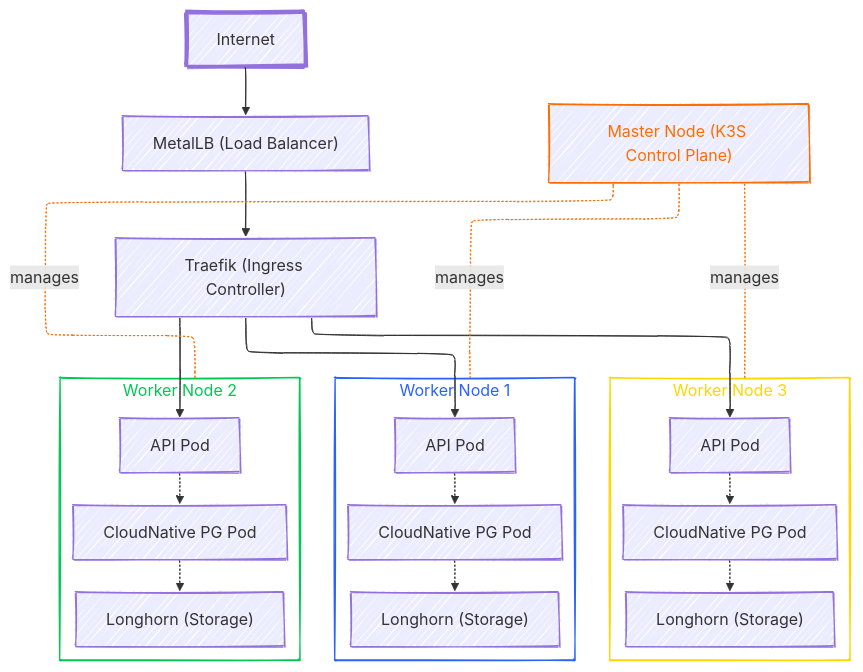
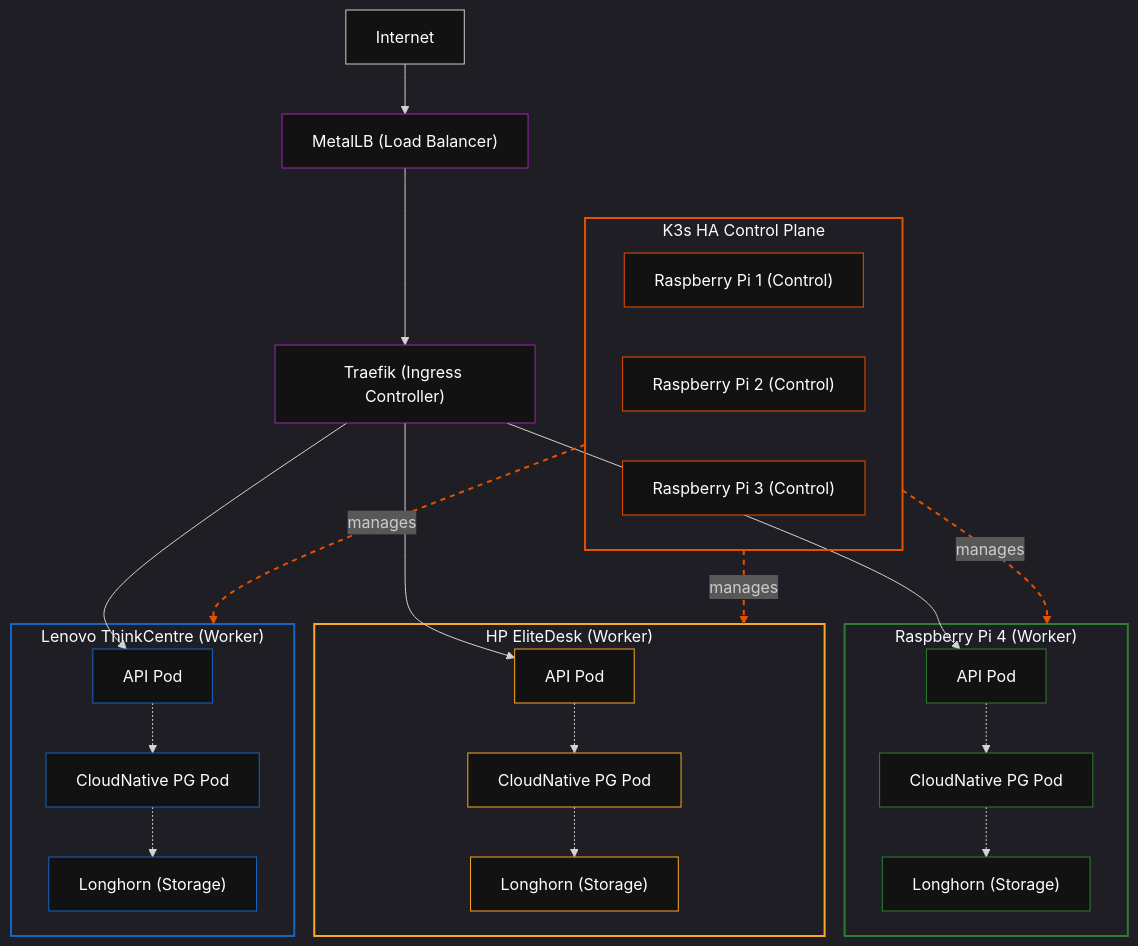
The diagram in docusaurus/docs/what-we-will-learn.md (Programmer-Network/Programmer-Network-Kubernetes), drawn with Mermaid before and after one commit. The commit also changed 5 other files, not shown here.

````diff
--- a/docusaurus/docs/what-we-will-learn.md
+++ b/docusaurus/docs/what-we-will-learn.md
@@ -12,54 +11,67 @@
 ```mermaid
----
-config:
-  look: handDrawn
-  layout: elk
----
+%%{init: { 'theme': 'dark' } }%%
 flowchart TB
- subgraph Worker1["Worker Node 3"]
-        api_pod1["API Pod"]
-        pg_pod1["CloudNative PG Pod"]
-        longhorn1["Longhorn (Storage)"]
+  subgraph ControlPlane["K3s HA Control Plane"]
+    RPI1["Raspberry Pi 1 (Control)"]
+    RPI2["Raspberry Pi 2 (Control)"]
+    RPI3["Raspberry Pi 3 (Control)"]
   end
- subgraph Worker2["Worker Node 1"]
-        api_pod2["API Pod"]
-        pg_pod2["CloudNative PG Pod"]
-        longhorn2["Longhorn (Storage)"]
+  subgraph RPI4["Raspberry Pi 4 (Worker)"]
+    api_pod1["API Pod"]
+    pg_pod1["CloudNative PG Pod"]
+    longhorn1["Longhorn (Storage)"]
   end
- subgraph Worker3["Worker Node 2"]
-        api_pod3["API Pod"]
-        pg_pod3["CloudNative PG Pod"]
-        longhorn3["Longhorn (Storage)"]
+  subgraph HP["HP EliteDesk (Worker)"]
+    api_pod2["API Pod"]
+    pg_pod2["CloudNative PG Pod"]
+    longhorn2["Longhorn (Storage)"]
   end
-    external["Internet"] --> metallb["MetalLB (Load Balancer)"]
-    metallb --> traefik["Traefik (Ingress Controller)"]
-    traefik --> api_pod1 & api_pod2 & api_pod3
-    api_pod1 -.-> pg_pod1
-    api_pod2 -.-> pg_pod2
-    api_pod3 -.-> pg_pod3
-    pg_pod1 -.-> longhorn1
-    pg_pod2 -.-> longhorn2
-    pg_pod3 -.-> longhorn3
-    master["Master Node (K3S Control Plane)"] -. manages .- Worker1 & Worker3 & Worker2
-     api_pod1:::nodeStyle
-     pg_pod1:::nodeStyle
-     longhorn1:::nodeStyle
-     api_pod2:::nodeStyle
-     pg_pod2:::nodeStyle
-     longhorn2:::nodeStyle
-     api_pod3:::nodeStyle
-     pg_pod3:::nodeStyle
-     longhorn3:::nodeStyle
-     master:::nodeStyle
-     traefik:::nodeStyle
-     metallb:::nodeStyle
-     external:::nodeStyle
-    style master stroke:#FF6D00,color:#FF6D00
-    style Worker1 stroke:#FFD600,color:#FFD600,fill:transparent
-    style Worker2 stroke:#2962FF,color:#2962FF,fill:transparent
-    style Worker3 stroke:#00C853,color:#00C853,fill:transparent
-    style external stroke-width:4px,stroke-dasharray: 0
-    linkStyle 11 stroke:#FF6D00,fill:none
-    linkStyle 12 stroke:#FF6D00,fill:none
-    linkStyle 13 stroke:#FF6D00,fill:none
+  subgraph Lenovo["Lenovo ThinkCentre (Worker)"]
+    api_pod3["API Pod"]
+    pg_pod3["CloudNative PG Pod"]
+    longhorn3["Longhorn (Storage)"]
+  end
+
+  external["Internet"] --> metallb["MetalLB (Load Balancer)"]
+  metallb --> traefik["Traefik (Ingress Controller)"]
+
+  traefik --> api_pod1 & api_pod2 & api_pod3
+
+  api_pod1 -.-> pg_pod1
+  api_pod2 -.-> pg_pod2
+  api_pod3 -.-> pg_pod3
+
+  pg_pod1 -.-> longhorn1
+  pg_pod2 -.-> longhorn2
+  pg_pod3 -.-> longhorn3
+
+  ControlPlane -. "manages" .-> RPI4
+  ControlPlane -. "manages" .-> HP
+  ControlPlane -. "manages" .-> Lenovo
+
+  %% --- Styling to Match Screenshot ---
+
+  %% Define reusable styles for nodes
+  classDef default fill:#121212,stroke:#ccc,color:#fff
+  classDef ingressNode fill:#121212,stroke:#9c27b0
+  classDef controlNode fill:#121212,stroke:#e65100
+  classDef workerGreenPod fill:#121212,stroke:#2e7d32
+  classDef workerYellowPod fill:#121212,stroke:#f9a825
+  classDef workerBluePod fill:#121212,stroke:#1565c0
+
+  %% Apply styles to nodes
+  class metallb,traefik ingressNode;
+  class RPI1,RPI2,RPI3 controlNode;
+  class api_pod1,pg_pod1,longhorn1 workerGreenPod;
+  class api_pod2,pg_pod2,longhorn2 workerYellowPod;
+  class api_pod3,pg_pod3,longhorn3 workerBluePod;
+
+  %% Style the subgraph containers
+  style ControlPlane stroke:#e65100,stroke-width:2px,fill:transparent
+  style RPI4 stroke:#2e7d32,stroke-width:2px,fill:transparent
+  style HP stroke:#f9a825,stroke-width:2px,fill:transparent
+  style Lenovo stroke:#1565c0,stroke-width:2px,fill:transparent
+
+  %% Style the dotted "manages" links
+  linkStyle 11,12,13 stroke:#e65100,stroke-width:2px,stroke-dasharray: 5 5
 ```
````
